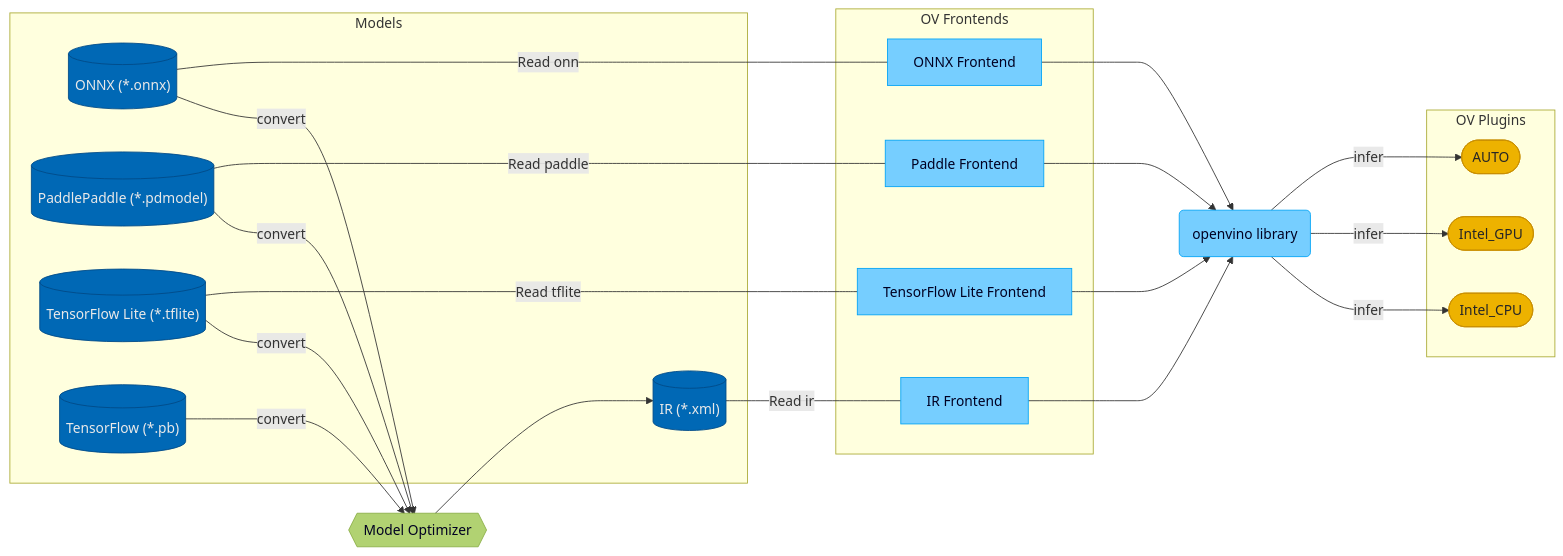
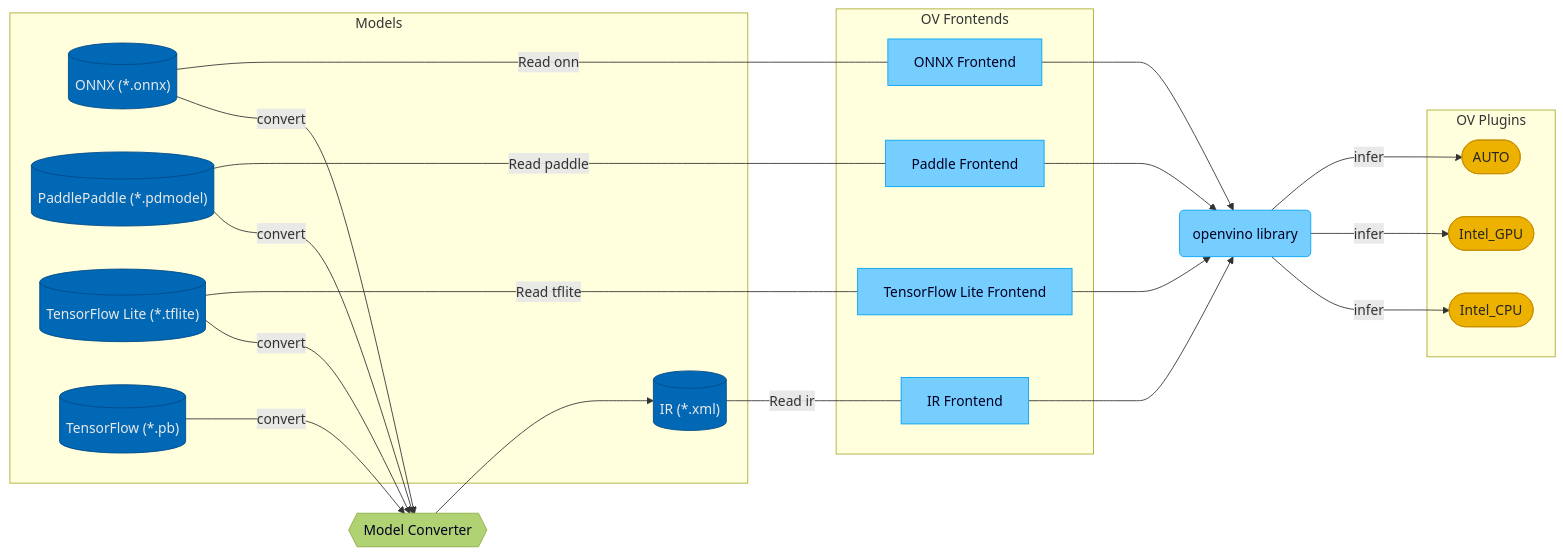
The diagram in docs/dev/index.md (openvinotoolkit/openvino), drawn with Mermaid before and after one commit. The commit also changed 1 other file, not shown here.

Commit message:
address comments

````diff
--- a/docs/dev/index.md
+++ b/docs/dev/index.md
@@ -7,55 +7,55 @@
 ```mermaid
 flowchart LR
     subgraph models [Models]
         ir[("IR (*.xml)")]
         onnx[("ONNX (*.onnx)")]
         paddle[("PaddlePaddle (*.pdmodel)")]
         tflite[("TensorFlow Lite (*.tflite)")]
         tf[("TensorFlow (*.pb)")]
         classDef blue3 fill:#0068B5, stroke: #004A86, color: #E9E9E9
         class ir,onnx,paddle,tflite,tf blue3
 
         click onnx "https://github.com/onnx/onnx"
     end
 
-    mo{{Model Optimizer}}
+    mo{{Model Converter}}
     classDef mos fill:#B1D272, stroke: #8BAE46, color: #000022
     class mo mos
 
     onnx--convert--->mo
     paddle--convert--->mo
     tflite--convert--->mo
     tf--convert--->mo
     mo--->ir
 
     subgraph plugins [OV Plugins]
         auto(["AUTO"])
         cpu(["Intel_CPU"])
         gpu(["Intel_GPU"])
         classDef daisy3 fill:#EDB200, stroke: #C98F00, color: #262626
         class auto,cpu,gpu daisy3
     end
     subgraph frontends [OV Frontends]
         ir_fe["IR Frontend"]
         onnx_fe["ONNX Frontend"]
         tflite_fe["TensorFlow Lite Frontend"]
         paddle_fe["Paddle Frontend"]
         classDef blue1 fill:#76CEFF, stroke: #00A3F6, color: #000022
         class ir_fe,onnx_fe,tflite_fe,paddle_fe blue1
     end
     openvino(openvino library)
     ir--Read ir---ir_fe
     onnx--Read onnx--- onnx_fe
     paddle--Read paddle---paddle_fe
     tflite--Read tflite---tflite_fe
     ir_fe--->openvino
     onnx_fe--->openvino
     paddle_fe--->openvino
     tflite_fe--->openvino
 
     openvino--infer--->cpu
     openvino--infer--->gpu
     openvino--infer--->auto
     classDef blue1 fill:#76CEFF, stroke: #00A3F6, color: #000022
     class openvino blue1
 ```
````
